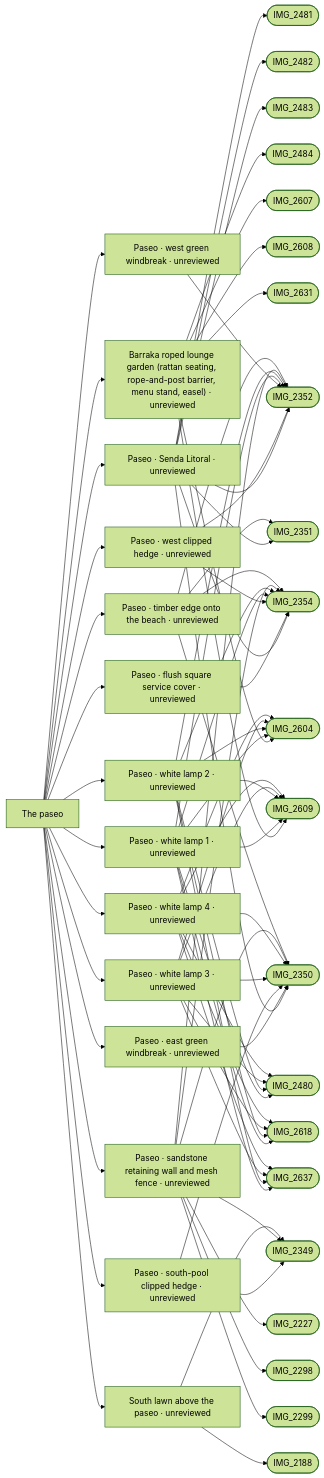
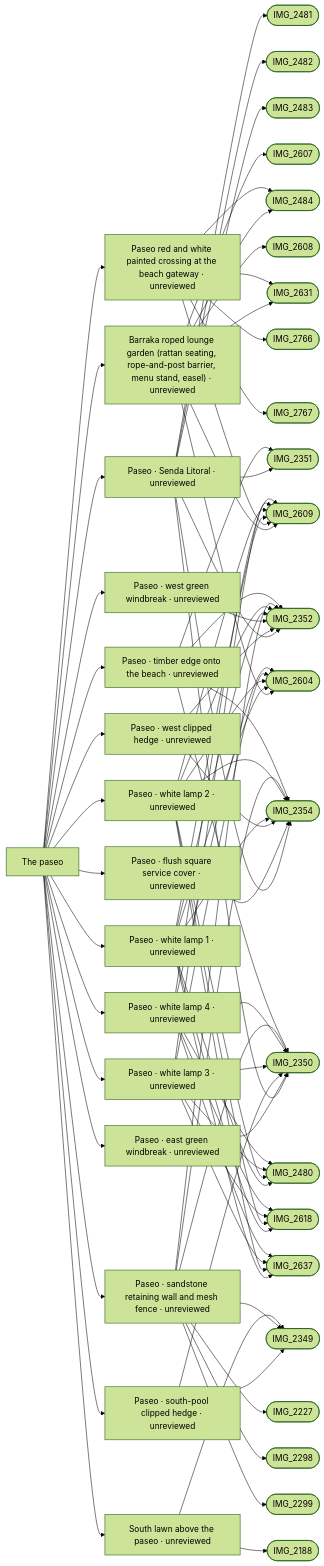
Before and after one commit to daveyboyc/villacana-venture: the diagram in refs/areas/paseo.md, drawn with Mermaid (forest theme). The commit also changed other lines of this file and 64 other files, not shown here.

First line of the commit message:
Main pool gate corner: slope closed, gate rebuilt, crossing outside it; path and palm on the aerial

````diff
--- a/refs/areas/paseo.md
+++ b/refs/areas/paseo.md
@@ -64,27 +64,25 @@
   F1 --> PIMG_2608_jpg(["IMG_2608"])
   F1 --> PIMG_2609_jpg(["IMG_2609"])
   F1 --> PIMG_2631_jpg(["IMG_2631"])
-  A --> F2["Paseo · east green windbreak · unreviewed"]
-  F2 --> PIMG_2350_jpg(["IMG_2350"])
-  A --> F3["Paseo · south-pool clipped hedge · unreviewed"]
-  F3 --> PIMG_2349_jpg(["IMG_2349"])
+  A --> F2["Paseo red and white painted crossing at the beach gateway · unreviewed"]
+  F2 --> PIMG_2484_jpg(["IMG_2484"])
+  F2 --> PIMG_2609_jpg(["IMG_2609"])
+  F2 --> PIMG_2631_jpg(["IMG_2631"])
+  F2 --> PIMG_2766_jpg(["IMG_2766"])
+  F2 --> PIMG_2767_jpg(["IMG_2767"])
+  A --> F3["Paseo · east green windbreak · unreviewed"]
   F3 --> PIMG_2350_jpg(["IMG_2350"])
-  A --> F4["Paseo · flush square service cover · unreviewed"]
-  F4 --> PIMG_2354_jpg(["IMG_2354"])
-  A --> F5["Paseo · west clipped hedge · unreviewed"]
-  F5 --> PIMG_2352_jpg(["IMG_2352"])
+  A --> F4["Paseo · south-pool clipped hedge · unreviewed"]
+  F4 --> PIMG_2349_jpg(["IMG_2349"])
+  F4 --> PIMG_2350_jpg(["IMG_2350"])
+  A --> F5["Paseo · flush square service cover · unreviewed"]
   F5 --> PIMG_2354_jpg(["IMG_2354"])
-  A --> F6["Paseo · west green windbreak · unreviewed"]
+  A --> F6["Paseo · west clipped hedge · unreviewed"]
   F6 --> PIMG_2352_jpg(["IMG_2352"])
-  A --> F7["Paseo · white lamp 1 · unreviewed"]
+  F6 --> PIMG_2354_jpg(["IMG_2354"])
+  A --> F7["Paseo · west green windbreak · unreviewed"]
   F7 --> PIMG_2352_jpg(["IMG_2352"])
-  F7 --> PIMG_2354_jpg(["IMG_2354"])
-  F7 --> PIMG_2480_jpg(["IMG_2480"])
-  F7 --> PIMG_2604_jpg(["IMG_2604"])
-  F7 --> PIMG_2609_jpg(["IMG_2609"])
-  F7 --> PIMG_2618_jpg(["IMG_2618"])
-  F7 --> PIMG_2637_jpg(["IMG_2637"])
-  A --> F8["Paseo · white lamp 2 · unreviewed"]
+  A --> F8["Paseo · white lamp 1 · unreviewed"]
   F8 --> PIMG_2352_jpg(["IMG_2352"])
   F8 --> PIMG_2354_jpg(["IMG_2354"])
   F8 --> PIMG_2480_jpg(["IMG_2480"])
@@ -92,34 +90,42 @@
   F8 --> PIMG_2609_jpg(["IMG_2609"])
   F8 --> PIMG_2618_jpg(["IMG_2618"])
   F8 --> PIMG_2637_jpg(["IMG_2637"])
-  A --> F9["Paseo · white lamp 3 · unreviewed"]
-  F9 --> PIMG_2350_jpg(["IMG_2350"])
+  A --> F9["Paseo · white lamp 2 · unreviewed"]
+  F9 --> PIMG_2352_jpg(["IMG_2352"])
+  F9 --> PIMG_2354_jpg(["IMG_2354"])
   F9 --> PIMG_2480_jpg(["IMG_2480"])
   F9 --> PIMG_2604_jpg(["IMG_2604"])
   F9 --> PIMG_2609_jpg(["IMG_2609"])
   F9 --> PIMG_2618_jpg(["IMG_2618"])
   F9 --> PIMG_2637_jpg(["IMG_2637"])
-  A --> F10["Paseo · white lamp 4 · unreviewed"]
+  A --> F10["Paseo · white lamp 3 · unreviewed"]
   F10 --> PIMG_2350_jpg(["IMG_2350"])
   F10 --> PIMG_2480_jpg(["IMG_2480"])
   F10 --> PIMG_2604_jpg(["IMG_2604"])
   F10 --> PIMG_2609_jpg(["IMG_2609"])
   F10 --> PIMG_2618_jpg(["IMG_2618"])
   F10 --> PIMG_2637_jpg(["IMG_2637"])
-  A --> F11["Paseo · sandstone retaining wall and mesh fence · unreviewed"]
-  F11 --> PIMG_2227_jpg(["IMG_2227"])
-  F11 --> PIMG_2298_jpg(["IMG_2298"])
-  F11 --> PIMG_2299_jpg(["IMG_2299"])
-  F11 --> PIMG_2349_jpg(["IMG_2349"])
+  A --> F11["Paseo · white lamp 4 · unreviewed"]
   F11 --> PIMG_2350_jpg(["IMG_2350"])
-  F11 --> PIMG_2352_jpg(["IMG_2352"])
-  F11 --> PIMG_2354_jpg(["IMG_2354"])
-  A --> F12["Paseo · timber edge onto the beach · unreviewed"]
+  F11 --> PIMG_2480_jpg(["IMG_2480"])
+  F11 --> PIMG_2604_jpg(["IMG_2604"])
+  F11 --> PIMG_2609_jpg(["IMG_2609"])
+  F11 --> PIMG_2618_jpg(["IMG_2618"])
+  F11 --> PIMG_2637_jpg(["IMG_2637"])
+  A --> F12["Paseo · sandstone retaining wall and mesh fence · unreviewed"]
+  F12 --> PIMG_2227_jpg(["IMG_2227"])
+  F12 --> PIMG_2298_jpg(["IMG_2298"])
+  F12 --> PIMG_2299_jpg(["IMG_2299"])
+  F12 --> PIMG_2349_jpg(["IMG_2349"])
   F12 --> PIMG_2350_jpg(["IMG_2350"])
-  F12 --> PIMG_2351_jpg(["IMG_2351"])
   F12 --> PIMG_2352_jpg(["IMG_2352"])
   F12 --> PIMG_2354_jpg(["IMG_2354"])
-  A --> F13["South lawn above the paseo · unreviewed"]
-  F13 --> PIMG_2188_jpg(["IMG_2188"])
-  F13 --> PIMG_2349_jpg(["IMG_2349"])
+  A --> F13["Paseo · timber edge onto the beach · unreviewed"]
+  F13 --> PIMG_2350_jpg(["IMG_2350"])
+  F13 --> PIMG_2351_jpg(["IMG_2351"])
+  F13 --> PIMG_2352_jpg(["IMG_2352"])
+  F13 --> PIMG_2354_jpg(["IMG_2354"])
+  A --> F14["South lawn above the paseo · unreviewed"]
+  F14 --> PIMG_2188_jpg(["IMG_2188"])
+  F14 --> PIMG_2349_jpg(["IMG_2349"])
 ```
````
